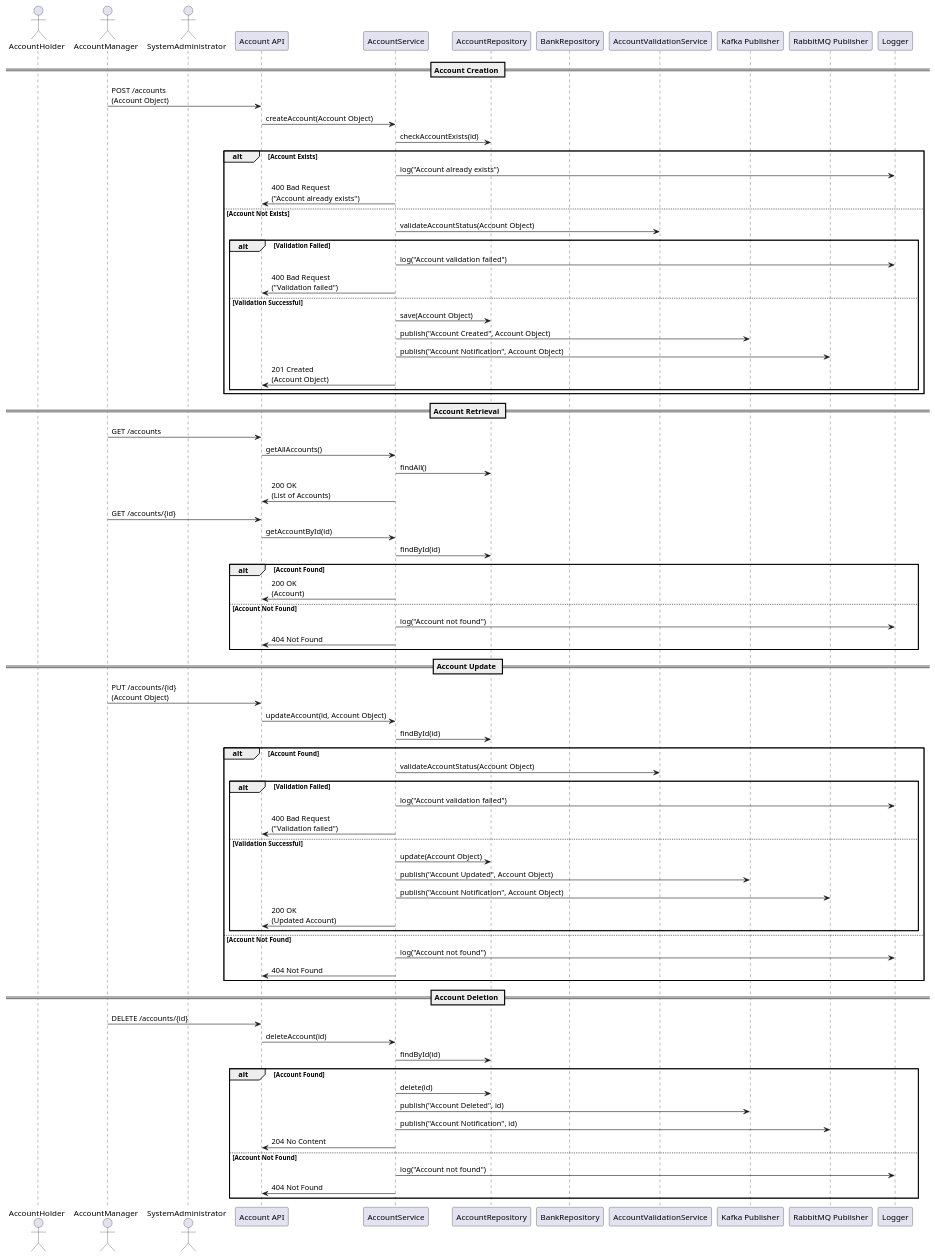
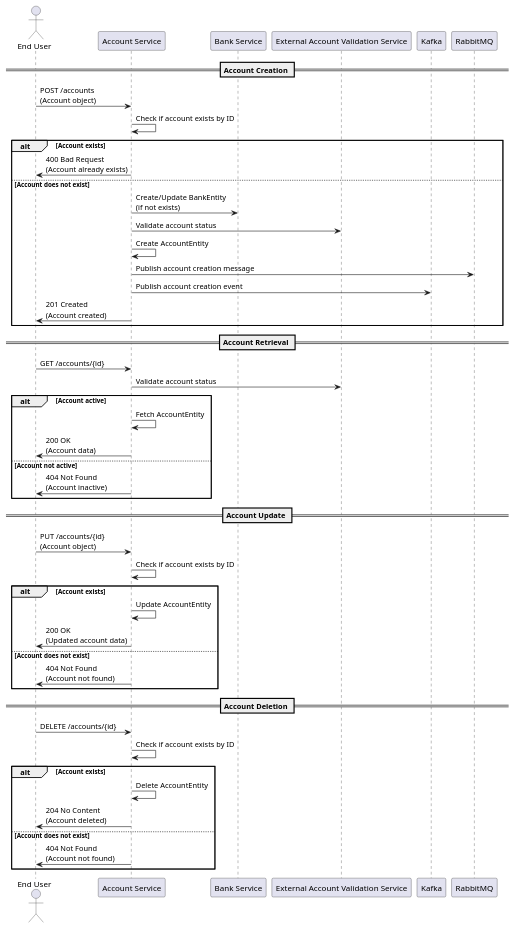
The diagram in design_document/Account_service.md (Bhaskar-Pavan/AccountService), drawn with PlantUML before and after one commit. The commit also changed other lines of this file, not shown here.

````diff
--- a/design_document/Account_service.md
+++ b/design_document/Account_service.md
@@ -56,85 +47,54 @@
 ```plantuml
 @startuml
-actor AccountHolder
-actor AccountManager
-actor SystemAdministrator
-participant "Account API" as API
-participant "AccountService" as Service
-participant "AccountRepository" as Repo
-participant "BankRepository" as BankRepo
-participant "AccountValidationService" as ValidationService
-participant "Kafka Publisher" as Kafka
-participant "RabbitMQ Publisher" as RabbitMQ
-participant "Logger" as Log
+actor "End User" as User
+participant "Account Service" as AccountService
+participant "Bank Service" as BankService
+participant "External Account Validation Service" as ExternalService
+participant "Kafka" as Kafka
+participant "RabbitMQ" as RabbitMQ
 
 == Account Creation ==
-AccountManager -> API : POST /accounts\n(Account Object)
-API -> Service : createAccount(Account Object)
-Service -> Repo : checkAccountExists(id)
-alt Account Exists
-    Service -> Log : log("Account already exists")
-    Service -> API : 400 Bad Request\n("Account already exists")
-else Account Not Exists
-    Service -> ValidationService : validateAccountStatus(Account Object)
-    alt Validation Failed
-        Service -> Log : log("Account validation failed")
-        Service -> API : 400 Bad Request\n("Validation failed")
-    else Validation Successful
-        Service -> Repo : save(Account Object)
-        Service -> Kafka : publish("Account Created", Account Object)
-        Service -> RabbitMQ : publish("Account Notification", Account Object)
-        Service -> API : 201 Created\n(Account Object)
-    end
+User -> AccountService : POST /accounts\n(Account object)
+AccountService -> AccountService : Check if account exists by ID
+alt Account exists
+    AccountService -> User : 400 Bad Request\n(Account already exists)
+else Account does not exist
+    AccountService -> BankService : Create/Update BankEntity\n(if not exists)
+    AccountService -> ExternalService : Validate account status
+    AccountService -> AccountService : Create AccountEntity
+    AccountService -> RabbitMQ : Publish account creation message
+    AccountService -> Kafka : Publish account creation event
+    AccountService -> User : 201 Created\n(Account created)
 end
 
 == Account Retrieval ==
-AccountManager -> API : GET /accounts
-API -> Service : getAllAccounts()
-Service -> Repo : findAll()
-Service -> API : 200 OK\n(List of Accounts)
-
-AccountManager -> API : GET /accounts/{id}
-API -> Service : getAccountById(id)
-Service -> Repo : findById(id)
-alt Account Found
-    Service -> API : 200 OK\n(Account)
-else Account Not Found
-    Service -> Log : log("Account not found")
-    Service -> API : 404 Not Found
+User -> AccountService : GET /accounts/{id}
+AccountService -> ExternalService : Validate account status
+alt Account active
+    AccountService -> AccountService : Fetch AccountEntity
+    AccountService -> User : 200 OK\n(Account data)
+else Account not active
+    AccountService -> User : 404 Not Found\n(Account inactive)
 end
 
 == Account Update ==
-AccountManager -> API : PUT /accounts/{id}\n(Account Object)
-API -> Service : updateAccount(id, Account Object)
-Service -> Repo : findById(id)
-alt Account Found
-    Service -> ValidationService : validateAccountStatus(Account Object)
-    alt Validation Failed
-        Service -> Log : log("Account validation failed")
-        Service -> API : 400 Bad Request\n("Validation failed")
-    else Validation Successful
-        Service -> Repo : update(Account Object)
-        Service -> Kafka : publish("Account Updated", Account Object)
-        Service -> RabbitMQ : publish("Account Notification", Account Object)
-        Service -> API : 200 OK\n(Updated Account)
-    end
-else Account Not Found
-    Service -> Log : log("Account not found")
-    Service -> API : 404 Not Found
+User -> AccountService : PUT /accounts/{id}\n(Account object)
+AccountService -> AccountService : Check if account exists by ID
+alt Account exists
+    AccountService -> AccountService : Update AccountEntity
+    AccountService -> User : 200 OK\n(Updated account data)
+else Account does not exist
+    AccountService -> User : 404 Not Found\n(Account not found)
 end
 
 == Account Deletion ==
-AccountManager -> API : DELETE /accounts/{id}
-API -> Service : deleteAccount(id)
-Service -> Repo : findById(id)
-alt Account Found
-    Service -> Repo : delete(id)
-    Service -> Kafka : publish("Account Deleted", id)
-    Service -> RabbitMQ : publish("Account Notification", id)
-    Service -> API : 204 No Content
-else Account Not Found
-    Service -> Log : log("Account not found")
-    Service -> API : 404 Not Found
+User -> AccountService : DELETE /accounts/{id}
+AccountService -> AccountService : Check if account exists by ID
+alt Account exists
+    AccountService -> AccountService : Delete AccountEntity
+    AccountService -> User : 204 No Content\n(Account deleted)
+else Account does not exist
+    AccountService -> User : 404 Not Found\n(Account not found)
 end
 
 @enduml
````
